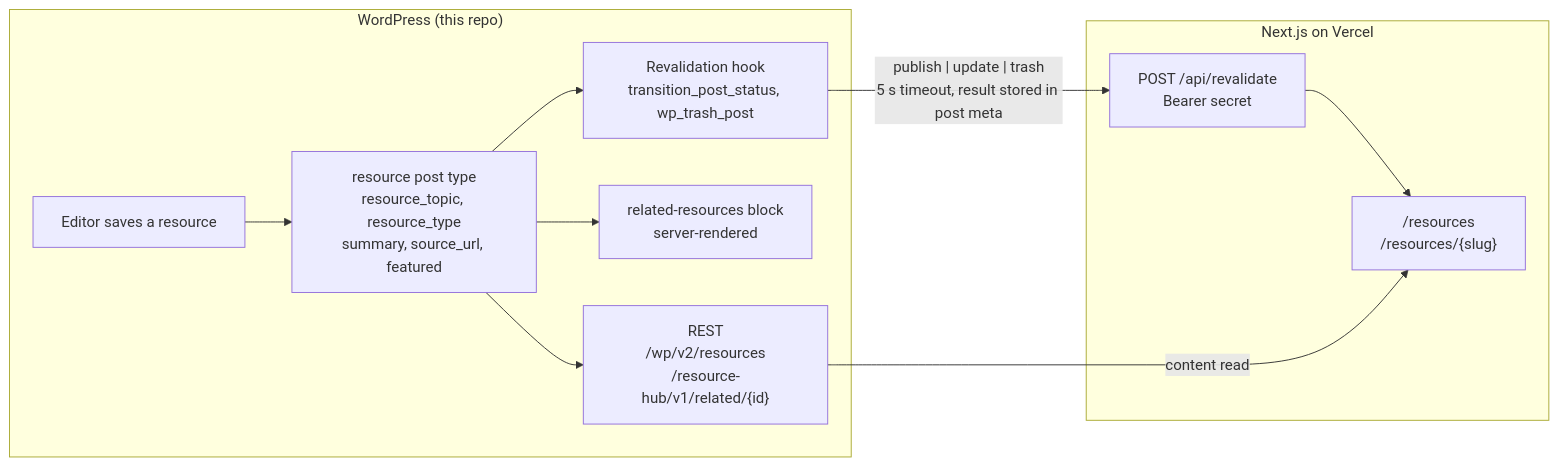
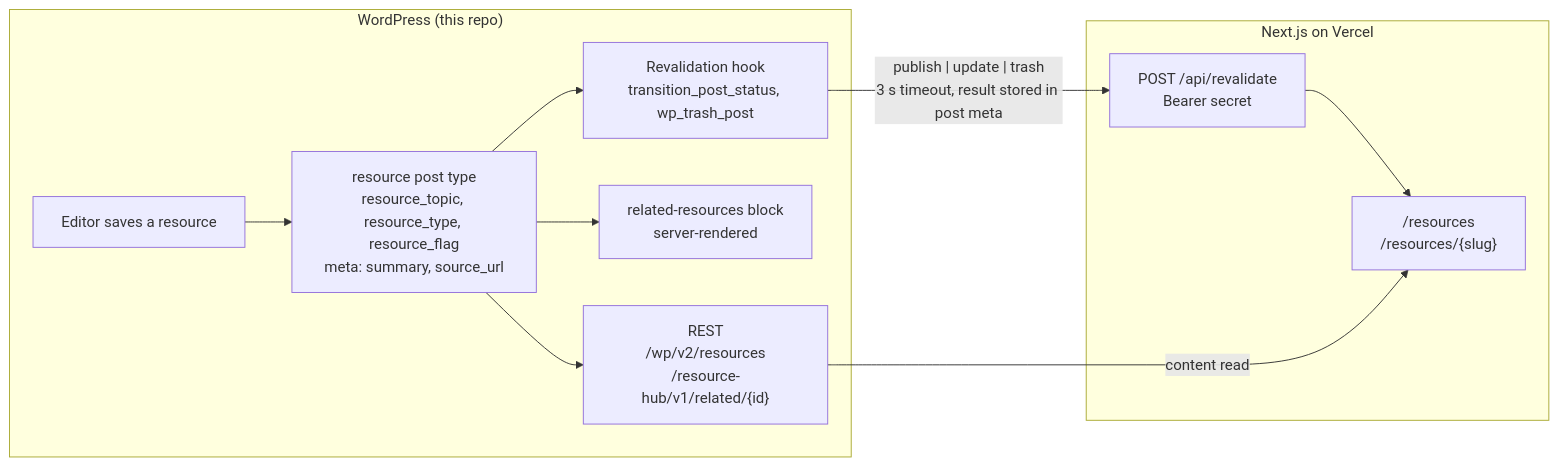
Before and after one commit to Colbitron/resource-hub-wp: the diagram in README.md, drawn with Mermaid. The commit also changed other lines of this file and 24 other files, not shown here.

First line of the commit message:
Add the resource content model: post type, taxonomies, meta, seed (#4)

````diff
--- a/README.md
+++ b/README.md
@@ -27,23 +28,23 @@
 ```mermaid
 flowchart LR
     subgraph wp["WordPress (this repo)"]
         editor["Editor saves a resource"]
-        cpt["resource post type<br/>resource_topic, resource_type<br/>summary, source_url, featured"]
+        cpt["resource post type<br/>resource_topic, resource_type, resource_flag<br/>meta: summary, source_url"]
         rest["REST<br/>/wp/v2/resources<br/>/resource-hub/v1/related/{id}"]
         block["related-resources block<br/>server-rendered"]
         hook["Revalidation hook<br/>transition_post_status, wp_trash_post"]
         editor --> cpt
         cpt --> rest
         cpt --> block
         cpt --> hook
     end
 
     subgraph next["Next.js on Vercel"]
         api["POST /api/revalidate<br/>Bearer secret"]
         pages["/resources<br/>/resources/{slug}"]
         api --> pages
     end
 
     rest -->|"content read"| pages
-    hook -->|"publish | update | trash<br/>5 s timeout, result stored in post meta"| api
+    hook -->|"publish | update | trash<br/>3 s timeout, result stored in post meta"| api
 ```
````
